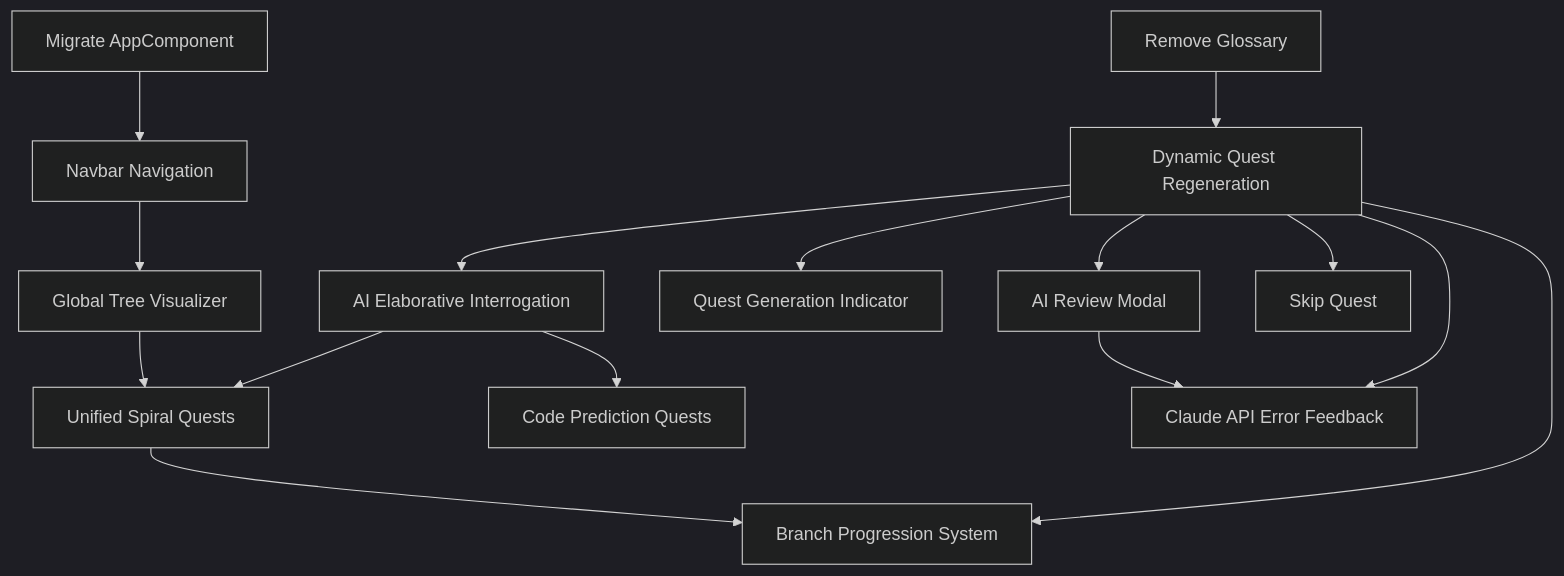
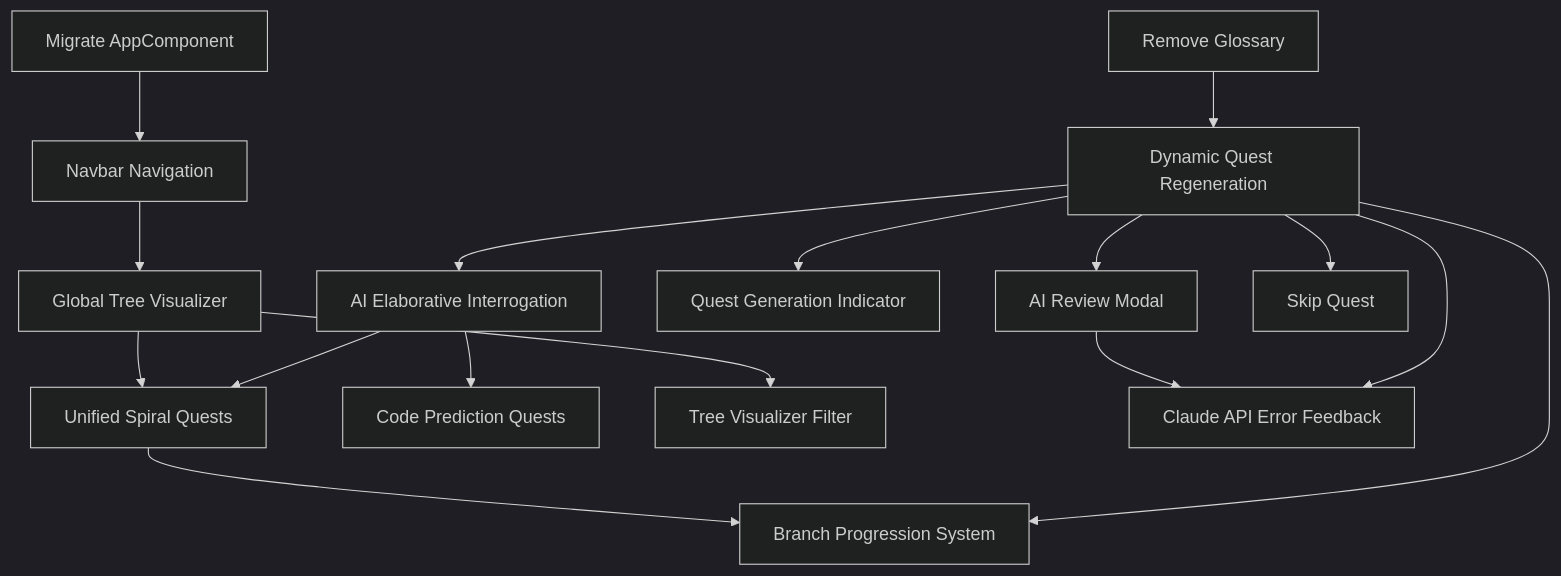
Before and after one commit to gocklkatz/cos-quest-master: the diagram in design/phase3/phase3_main.md, drawn with Mermaid (dark theme). The commit also changed other lines of this file and 2 other files, not shown here.

First line of the commit message:
Feat: Tree Visualizer filter field + fix package global regex

````diff
--- a/design/phase3/phase3_main.md
+++ b/design/phase3/phase3_main.md
@@ -74,17 +75,18 @@
 ```mermaid
 graph TD
     C1[Remove Glossary] --> F1[Dynamic Quest Regeneration]
     F1 --> F2[AI Elaborative Interrogation]
     F2 --> F5[Unified Spiral Quests]
     F2 --> F6[Code Prediction Quests]
     F4[Global Tree Visualizer] --> F5
+    F4 --> F15[Tree Visualizer Filter]
     C4[Migrate AppComponent] --> C3
     C3[Navbar Navigation] --> F4
     F1 --> F9[Quest Generation Indicator]
     F1 --> F10[AI Review Modal]
     F1 --> F12[Branch Progression System]
     F5 --> F12
     F1 --> F13[Skip Quest]
     F1 --> F14[Claude API Error Feedback]
     F10 --> F14
 ```
````
